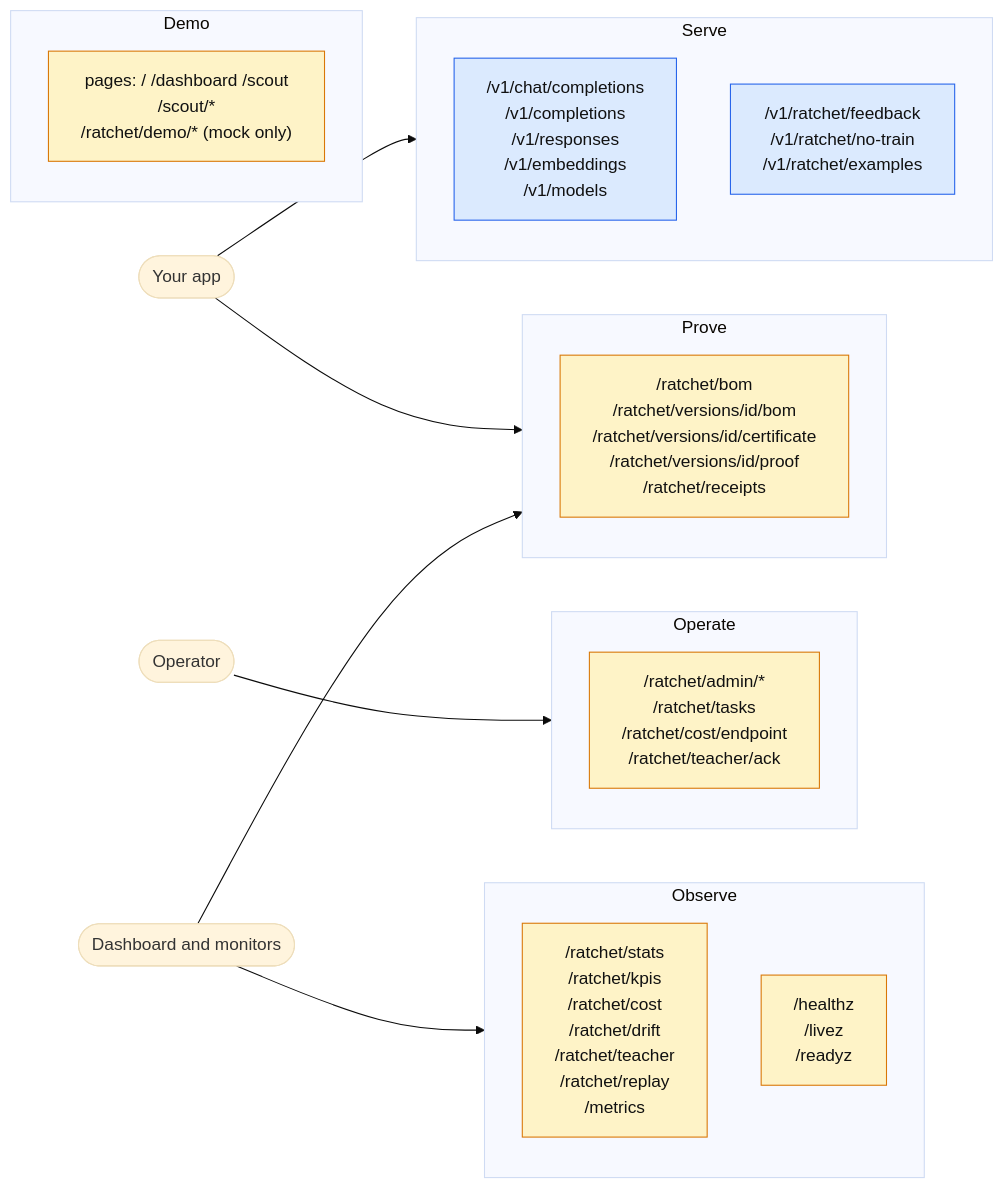
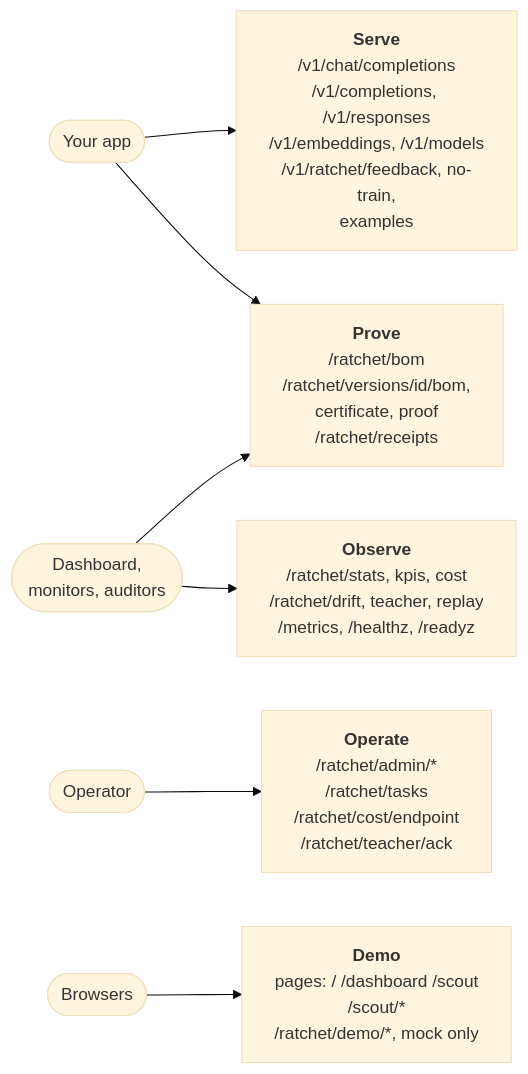
One commit to harshbhx/ratchet changed the first of 4 diagrams in docs-site/src/content/docs/api/endpoints.mdx. Above: the diagram before and after it, drawn with Mermaid (base theme). The commit also changed other lines of this file and 25 other files, not shown here.

````diff
--- a/docs-site/src/content/docs/api/endpoints.mdx
+++ b/docs-site/src/content/docs/api/endpoints.mdx
@@ -15,29 +26,22 @@
 ```mermaid
 flowchart LR
-    app([Your app]) --> A
-    ops([Operator]) --> D
-    watch([Dashboard and monitors]) --> C
-    subgraph A[Serve]
-        A1["/v1/chat/completions<br/>/v1/completions<br/>/v1/responses<br/>/v1/embeddings<br/>/v1/models"]
-        A2["/v1/ratchet/feedback<br/>/v1/ratchet/no-train<br/>/v1/ratchet/examples"]
-    end
-    subgraph B[Prove]
-        B1["/ratchet/bom<br/>/ratchet/versions/id/bom<br/>/ratchet/versions/id/certificate<br/>/ratchet/versions/id/proof<br/>/ratchet/receipts"]
-    end
-    subgraph C[Observe]
-        C1["/ratchet/stats<br/>/ratchet/kpis<br/>/ratchet/cost<br/>/ratchet/drift<br/>/ratchet/teacher<br/>/ratchet/replay<br/>/metrics"]
-        C2["/healthz<br/>/livez<br/>/readyz"]
-    end
-    subgraph D[Operate]
-        D1["/ratchet/admin/*<br/>/ratchet/tasks<br/>/ratchet/cost/endpoint<br/>/ratchet/teacher/ack"]
-    end
-    subgraph E[Demo]
-        E1["pages: / /dashboard /scout<br/>/scout/*<br/>/ratchet/demo/* (mock only)"]
-    end
-    app --> B
-    watch --> B
-    classDef serve fill:#dbeafe,stroke:#2563eb,color:#111
-    classDef rest fill:#fef3c7,stroke:#d97706,color:#111
-    class A1,A2 serve
-    class B1,C1,C2,D1,E1 rest
+  app(["Your app"])
+  watch(["Dashboard,<br/>monitors, auditors"])
+  ops(["Operator"])
+  web(["Browsers"])
+  S["<b>Serve</b><br/>/v1/chat/completions<br/>/v1/completions, /v1/responses<br/>/v1/embeddings, /v1/models<br/>/v1/ratchet/feedback, no-train,<br/>examples"]
+  P["<b>Prove</b><br/>/ratchet/bom<br/>/ratchet/versions/id/bom,<br/>certificate, proof<br/>/ratchet/receipts"]
+  O["<b>Observe</b><br/>/ratchet/stats, kpis, cost<br/>/ratchet/drift, teacher, replay<br/>/metrics, /healthz, /readyz"]
+  D["<b>Operate</b><br/>/ratchet/admin/*<br/>/ratchet/tasks<br/>/ratchet/cost/endpoint<br/>/ratchet/teacher/ack"]
+  E["<b>Demo</b><br/>pages: / /dashboard /scout<br/>/scout/*<br/>/ratchet/demo/*, mock only"]
+  app --> S
+  app --> P
+  watch --> O
+  watch --> P
+  ops --> D
+  web --> E
+
+  class S student
+  class D gate
+  class E outline
 ```
````
